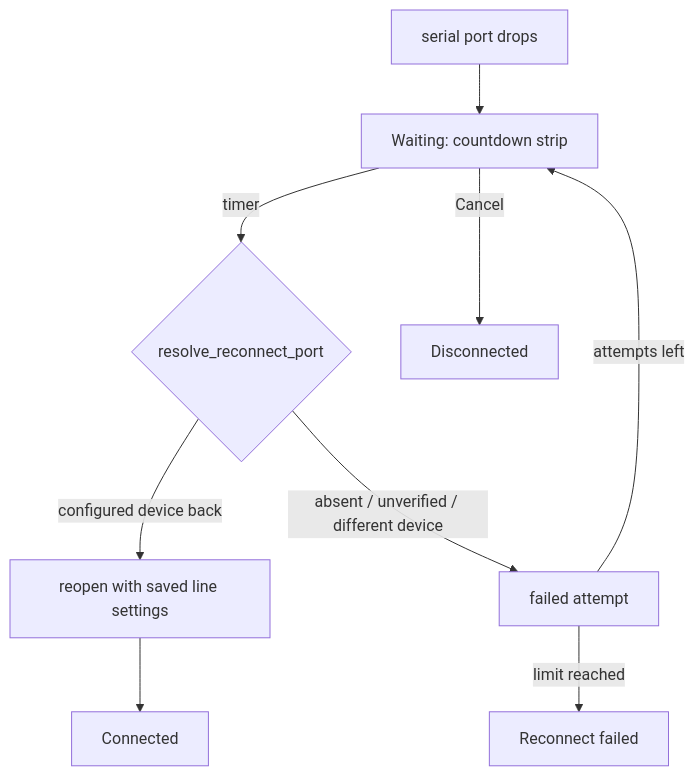
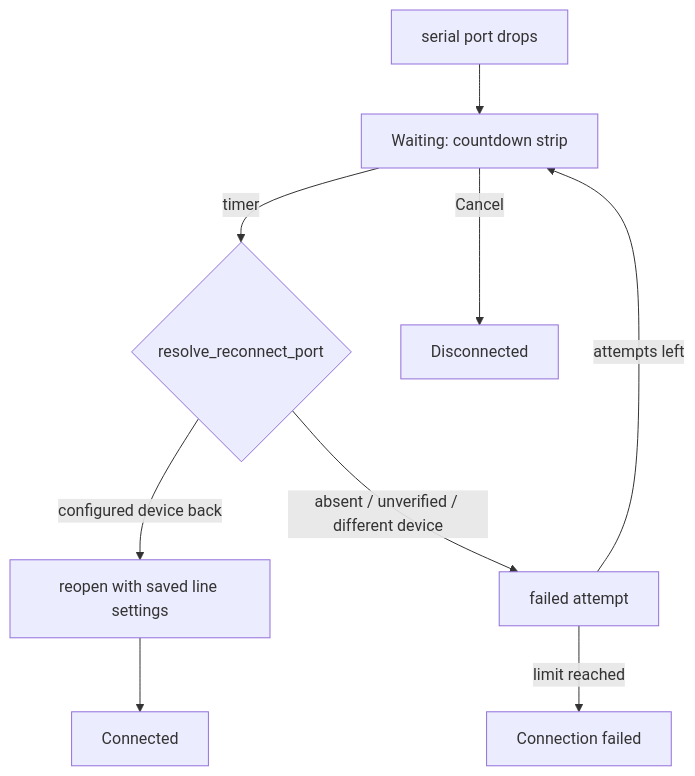
Diagram 19 of 41 in docs/architecture.md (armaxri/termiHub), drawn with Mermaid before and after one commit. The commit also changed 4 other files, not shown here.

````diff
--- a/docs/architecture.md
+++ b/docs/architecture.md
@@ -995,10 +995,10 @@
 ```mermaid
 flowchart TD
     D[serial port drops] --> W[Waiting: countdown strip]
     W -->|timer| R{resolve_reconnect_port}
     R -->|configured device back| O[reopen with saved line settings] --> C[Connected]
     R -->|absent / unverified / different device| F[failed attempt]
     F -->|attempts left| W
-    F -->|limit reached| G[Reconnect failed]
+    F -->|limit reached| G[Connection failed]
     W -->|Cancel| X[Disconnected]
 ```
````
